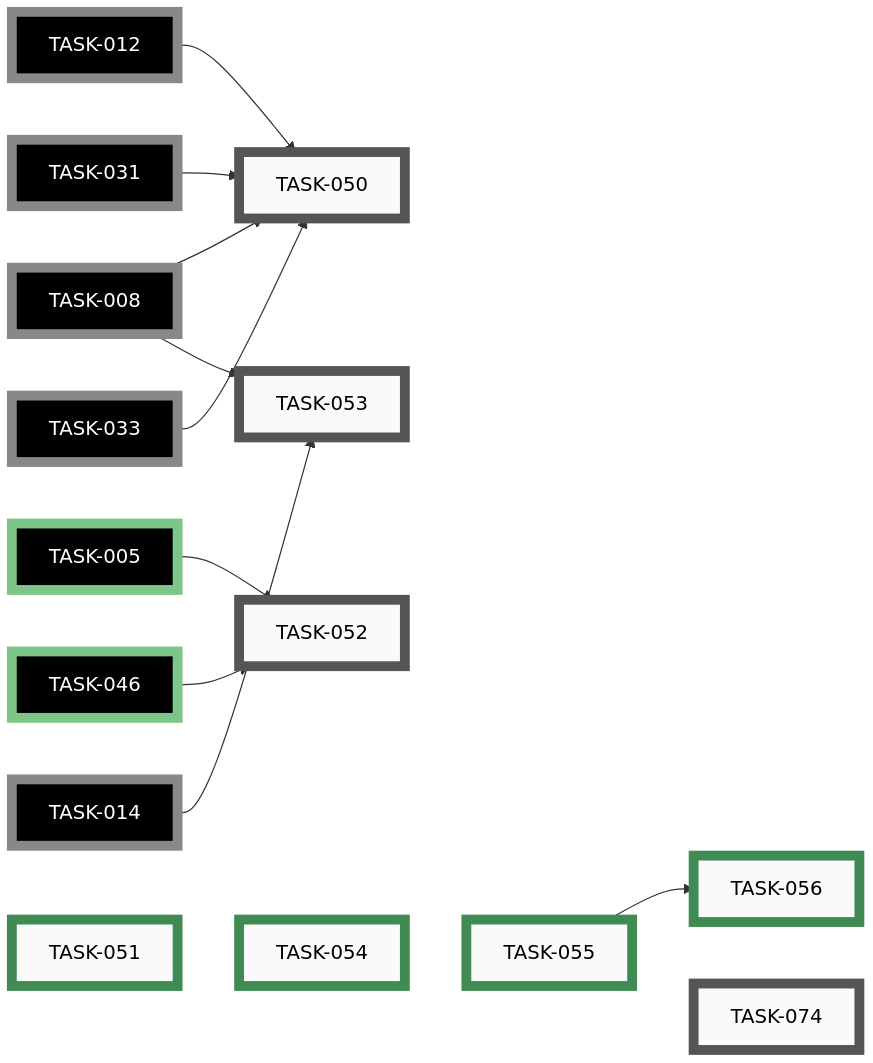
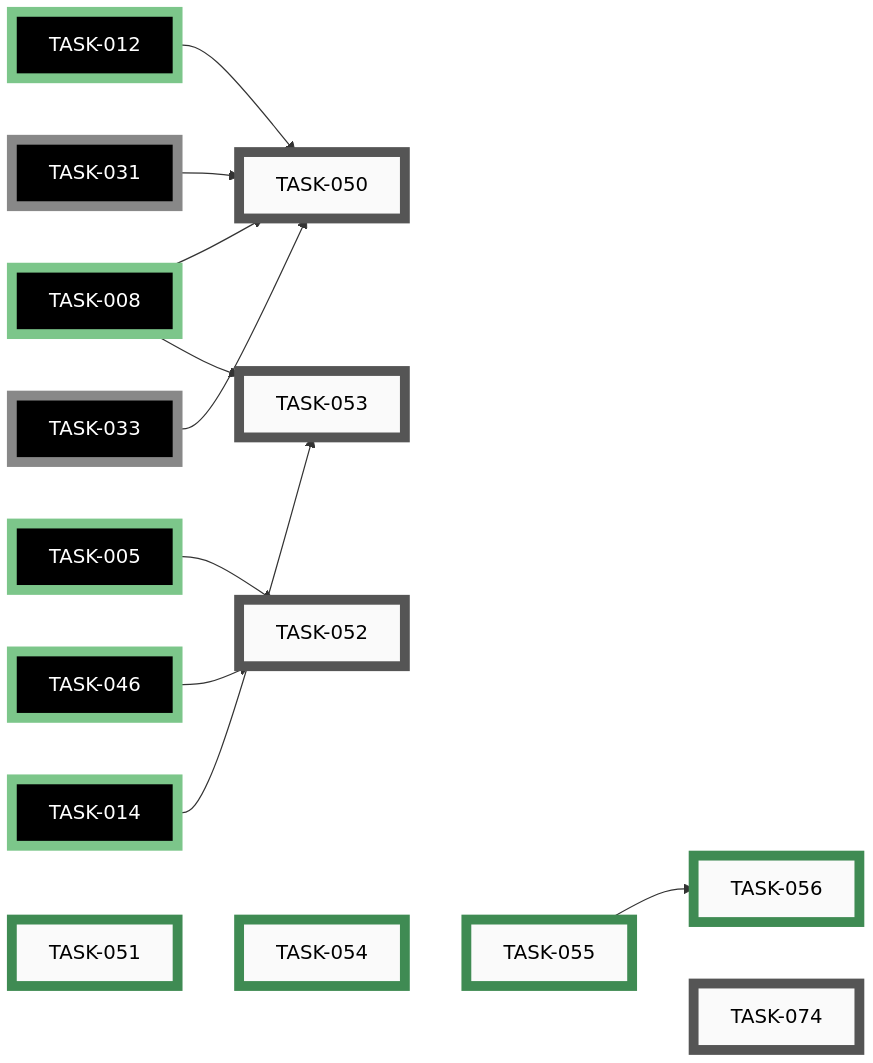
Before and after one commit to tgd1975/CircuitSmith: the eighth of 11 diagrams in docs/developers/tasks/EPICS.md, drawn with Mermaid. The commit also changed other lines of this file and 100 other files, not shown here.

First line of the commit message:
close EPIC-002: Circuit Skill — Renderer and Layout Engine

````diff
--- a/docs/developers/tasks/EPICS.md
+++ b/docs/developers/tasks/EPICS.md
@@ -458,51 +459,51 @@
 ```mermaid
 graph LR
     TASK_050["TASK-050"]:::open
     TASK_052["TASK-052"]:::open
     TASK_053["TASK-053"]:::open
     TASK_074["TASK-074"]:::open
     TASK_051["TASK-051"]:::closed
     TASK_054["TASK-054"]:::closed
     TASK_055["TASK-055"]:::closed
     TASK_056["TASK-056"]:::closed
     TASK_005["TASK-005"]:::closedExt
-    TASK_008["TASK-008"]:::openExt
-    TASK_012["TASK-012"]:::openExt
-    TASK_014["TASK-014"]:::openExt
+    TASK_008["TASK-008"]:::closedExt
+    TASK_012["TASK-012"]:::closedExt
+    TASK_014["TASK-014"]:::closedExt
     TASK_031["TASK-031"]:::openExt
     TASK_033["TASK-033"]:::openExt
     TASK_046["TASK-046"]:::closedExt
     TASK_008 --> TASK_050
     TASK_012 --> TASK_050
     TASK_031 --> TASK_050
     TASK_033 --> TASK_050
     TASK_005 --> TASK_052
     TASK_046 --> TASK_052
     TASK_008 --> TASK_053
     TASK_014 --> TASK_053
     TASK_055 --> TASK_056
     TASK_051 ~~~ TASK_054 ~~~ TASK_055 ~~~ TASK_074
     click TASK_050 "open/task-050-boundary-import-contract-test.md"
     click TASK_052 "open/task-052-schema-validation-pre-commit.md"
     click TASK_053 "open/task-053-netgraph-golden-hash-contract-test.md"
     click TASK_074 "open/task-074-personal-data-leak-check-in-security-review-hook.md"
     click TASK_051 "closed/task-051-portability-lint.md"
     click TASK_054 "closed/task-054-seed-adr-folder.md"
     click TASK_055 "closed/task-055-code-owner-skills-hook.md"
     click TASK_056 "closed/task-056-author-initial-code-owner-skills.md"
     click TASK_005 "closed/task-005-write-circuit-json-schema.md"
-    click TASK_008 "open/task-008-implement-netgraph-data-model.md"
-    click TASK_012 "open/task-012-implement-renderer.md"
-    click TASK_014 "open/task-014-author-circuit-yml-and-layout-yml-pairs.md"
+    click TASK_008 "closed/task-008-implement-netgraph-data-model.md"
+    click TASK_012 "closed/task-012-implement-renderer.md"
+    click TASK_014 "closed/task-014-author-circuit-yml-and-layout-yml-pairs.md"
     click TASK_031 "open/task-031-implement-bom-exporter.md"
     click TASK_033 "open/task-033-implement-netlist-exporter.md"
     click TASK_046 "closed/task-046-add-pyproject-and-dev-requirements.md"
     classDef open    fill:#FAFAFA,stroke:#555,stroke-width:8px,color:#000
     classDef active  fill:#FAFAFA,stroke:#1A6FA8,stroke-width:8px,color:#000
     classDef closed  fill:#FAFAFA,stroke:#3F8B53,stroke-width:8px,color:#000
     classDef paused  fill:#FAFAFA,stroke:#B07810,stroke-width:8px,color:#000
     classDef openExt    fill:#000,stroke:#888,stroke-width:8px,color:#FFF
     classDef activeExt  fill:#000,stroke:#3FA9F5,stroke-width:8px,color:#FFF
     classDef closedExt  fill:#000,stroke:#7CC68A,stroke-width:8px,color:#FFF
     classDef pausedExt  fill:#000,stroke:#F0B030,stroke-width:8px,color:#FFF
 ```
````
